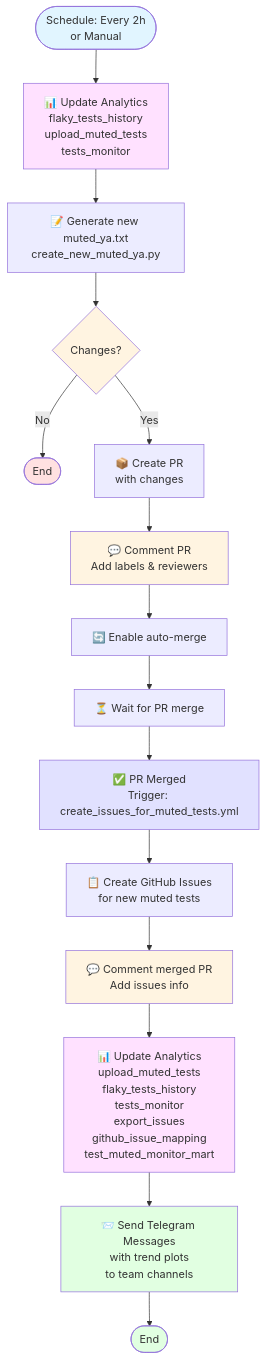
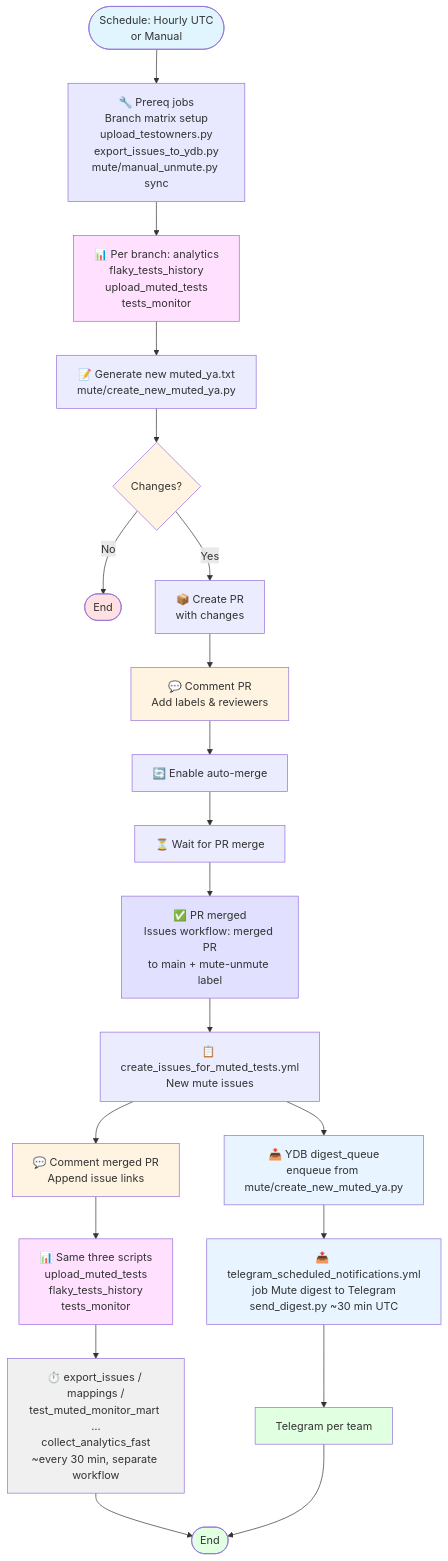
The first of 4 diagrams in .github/config/mute_rules.md (ydb-platform/ydb), drawn with Mermaid before and after one commit. The commit also changed other lines of this file and 21 other files, not shown here.

Commit message:
MUTE: Fast unmute  (#38430)

````diff
--- a/.github/config/mute_rules.md
+++ b/.github/config/mute_rules.md
@@ -193,36 +171,47 @@
 ```mermaid
 graph TB
-    Start([Schedule: Every 2h<br/>or Manual]) --> UpdateAnalytics[📊 Update Analytics<br/>flaky_tests_history<br/>upload_muted_tests<br/>tests_monitor]
+    Start([Schedule: Hourly UTC<br/>or Manual]) --> Prereq[🔧 Prereq jobs<br/>Branch matrix setup<br/>upload_testowners.py<br/>export_issues_to_ydb.py<br/>mute/manual_unmute.py sync]
     
-    UpdateAnalytics --> GenerateFile[📝 Generate new muted_ya.txt<br/>create_new_muted_ya.py]
+    Prereq --> UpdateAnalytics[📊 Per branch: analytics<br/>flaky_tests_history<br/>upload_muted_tests<br/>tests_monitor]
+    
+    UpdateAnalytics --> GenerateFile[📝 Generate new muted_ya.txt<br/>mute/create_new_muted_ya.py]
     
     GenerateFile --> CheckChanges{Changes?}
     CheckChanges -->|No| End1([End])
     CheckChanges -->|Yes| CreatePR[📦 Create PR<br/>with changes]
     
     CreatePR --> CommentPR[💬 Comment PR<br/>Add labels & reviewers]
     CommentPR --> AutoMerge[🔄 Enable auto-merge]
     AutoMerge --> WaitMerge[⏳ Wait for PR merge]
     
-    WaitMerge --> PRMerged[✅ PR Merged<br/>Trigger: create_issues_for_muted_tests.yml]
+    WaitMerge --> PRMerged[✅ PR merged<br/>Issues workflow: merged PR<br/>to main + mute-unmute label]
     
-    PRMerged --> CreateIssues[📋 Create GitHub Issues<br/>for new muted tests]
-    CreateIssues --> CommentMergedPR[💬 Comment merged PR<br/>Add issues info]
+    PRMerged --> CreateIssues[📋 create_issues_for_muted_tests.yml<br/>New mute issues]
+    CreateIssues --> DigestQ[📥 YDB digest_queue<br/>enqueue from mute/create_new_muted_ya.py]
+    CreateIssues --> CommentMergedPR[💬 Comment merged PR<br/>Append issue links]
     
-    CommentMergedPR --> UpdateAnalyticsAfterMerge[📊 Update Analytics<br/>upload_muted_tests<br/>flaky_tests_history<br/>tests_monitor<br/>export_issues<br/>github_issue_mapping<br/>test_muted_monitor_mart]
+    CommentMergedPR --> UpdateAnalyticsAfterMerge[📊 Same three scripts<br/>upload_muted_tests<br/>flaky_tests_history<br/>tests_monitor]
     
-    UpdateAnalyticsAfterMerge --> SendTelegram[📨 Send Telegram Messages<br/>with trend plots<br/>to team channels]
+    UpdateAnalyticsAfterMerge --> AsyncAnalytics[⏱️ export_issues / mappings /<br/>test_muted_monitor_mart …<br/>collect_analytics_fast<br/>~every 30 min, separate workflow]
     
-    SendTelegram --> End2([End])
+    DigestQ --> SendDigest[📤 telegram_scheduled_notifications.yml<br/>job Mute digest to Telegram<br/>send_digest.py ~30 min UTC]
+    SendDigest --> TG[Telegram per team]
+    
+    AsyncAnalytics --> End2([End])
+    TG --> End2
     
     style Start fill:#e1f5ff
+    style Prereq fill:#e8e8ff
     style UpdateAnalytics fill:#ffe1ff
     style UpdateAnalyticsAfterMerge fill:#ffe1ff
     style CommentPR fill:#fff4e1
     style CommentMergedPR fill:#fff4e1
-    style SendTelegram fill:#e1ffe1
+    style AsyncAnalytics fill:#f0f0f0
+    style DigestQ fill:#e8f4ff
+    style SendDigest fill:#e8f4ff
+    style TG fill:#e1ffe1
     style End1 fill:#ffe1e1
     style End2 fill:#e1ffe1
     style CheckChanges fill:#fff4e1
     style PRMerged fill:#e1e1ff
 ```
````
